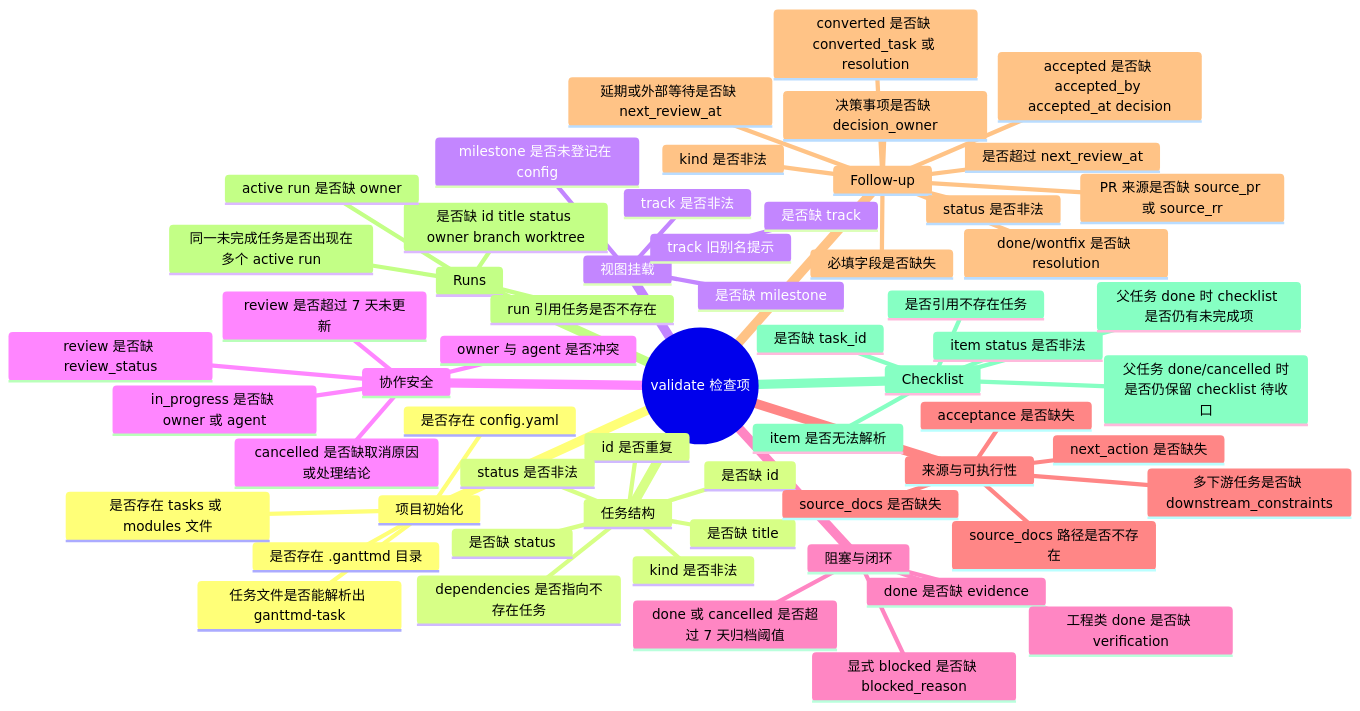
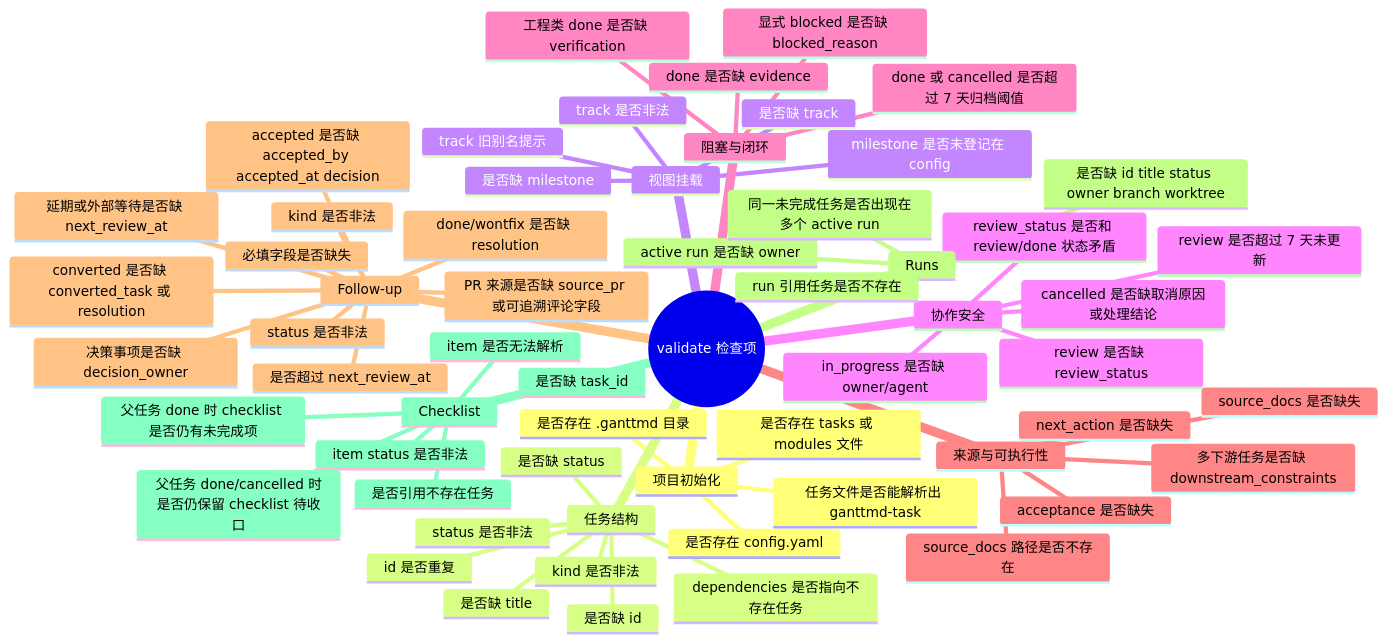
The second of 2 diagrams in docs/校验脚本检查流程图.md (GengDaPeng/GanttMD), drawn with Mermaid before and after one commit. The commit also changed 18 other files, not shown here.

Commit message:
chore: release ganttmd 1.0.3

````diff
--- a/docs/校验脚本检查流程图.md
+++ b/docs/校验脚本检查流程图.md
@@ -79,63 +79,63 @@
 ```mermaid
 mindmap
   root((validate 检查项))
     项目初始化
       是否存在 .ganttmd 目录
       是否存在 config.yaml
       是否存在 tasks 或 modules 文件
       任务文件是否能解析出 ganttmd-task
     任务结构
       是否缺 id
       id 是否重复
       是否缺 title
       是否缺 status
       status 是否非法
       kind 是否非法
       dependencies 是否指向不存在任务
     视图挂载
       是否缺 track
       track 是否非法
       track 旧别名提示
       是否缺 milestone
       milestone 是否未登记在 config
     协作安全
-      in_progress 是否缺 owner 或 agent
-      owner 与 agent 是否冲突
+      in_progress 是否缺 owner/agent
       review 是否缺 review_status
+      review_status 是否和 review/done 状态矛盾
       review 是否超过 7 天未更新
       cancelled 是否缺取消原因或处理结论
     阻塞与闭环
       显式 blocked 是否缺 blocked_reason
       done 是否缺 evidence
       工程类 done 是否缺 verification
       done 或 cancelled 是否超过 7 天归档阈值
     来源与可执行性
       source_docs 是否缺失
       source_docs 路径是否不存在
       next_action 是否缺失
       acceptance 是否缺失
       多下游任务是否缺 downstream_constraints
     Follow-up
       必填字段是否缺失
       status 是否非法
       kind 是否非法
-      PR 来源是否缺 source_pr 或 source_rr
+      PR 来源是否缺 source_pr 或可追溯评论字段
       决策事项是否缺 decision_owner
       延期或外部等待是否缺 next_review_at
       是否超过 next_review_at
       accepted 是否缺 accepted_by accepted_at decision
       converted 是否缺 converted_task 或 resolution
       done/wontfix 是否缺 resolution
     Runs
       是否缺 id title status owner branch worktree
       active run 是否缺 owner
       run 引用任务是否不存在
       同一未完成任务是否出现在多个 active run
     Checklist
       是否缺 task_id
       是否引用不存在任务
       item 是否无法解析
       item status 是否非法
       父任务 done 时 checklist 是否仍有未完成项
       父任务 done/cancelled 时是否仍保留 checklist 待收口
 ```
````
